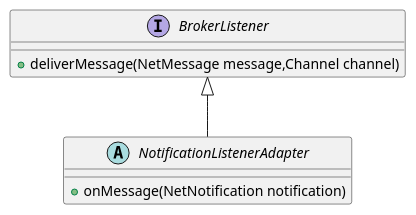
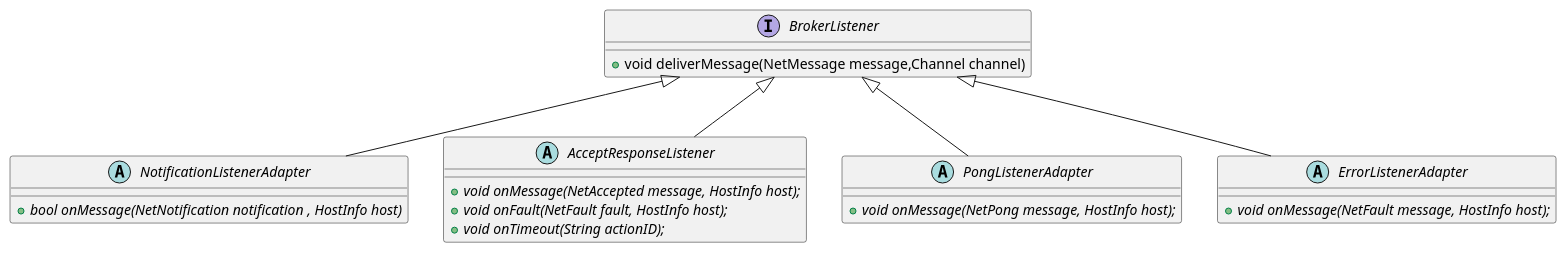
Before and after one commit to tomahock/sapo-broker: the diagram in client/java-nio/doc/advanced/message-handling.puml, drawn with PlantUML. The commit also changed 38 other files, not shown here.

```diff
--- a/client/java-nio/doc/advanced/message-handling.puml
+++ b/client/java-nio/doc/advanced/message-handling.puml
@@ -1,15 +1,33 @@
 @startuml
 
 
 interface BrokerListener {
-    +deliverMessage(NetMessage message,Channel channel)
+    + void deliverMessage(NetMessage message,Channel channel)
 
 }
 
 BrokerListener <|-- NotificationListenerAdapter
+BrokerListener <|-- AcceptResponseListener
+BrokerListener <|-- PongListenerAdapter
+BrokerListener <|-- ErrorListenerAdapter
 
 abstract class NotificationListenerAdapter{
-    +onMessage(NetNotification notification)
+     + {abstract} bool onMessage(NetNotification notification , HostInfo host)
 }
 
+abstract class AcceptResponseListener{
+    + {abstract} void onMessage(NetAccepted message, HostInfo host);
+    + {abstract} void onFault(NetFault fault, HostInfo host);
+    + {abstract} void onTimeout(String actionID);
+}
+
+abstract class PongListenerAdapter{
+    + {abstract} void onMessage(NetPong message, HostInfo host);
+}
+
+abstract class ErrorListenerAdapter{
+    + {abstract} void onMessage(NetFault message, HostInfo host);
+}
+
+
 @enduml
```
